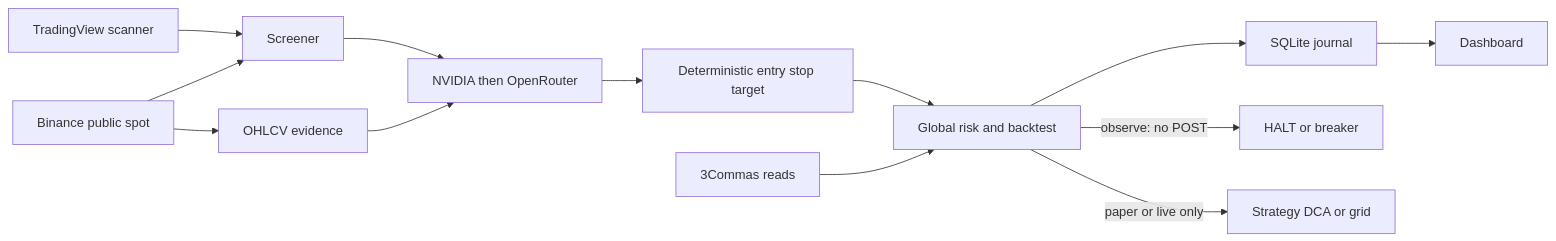
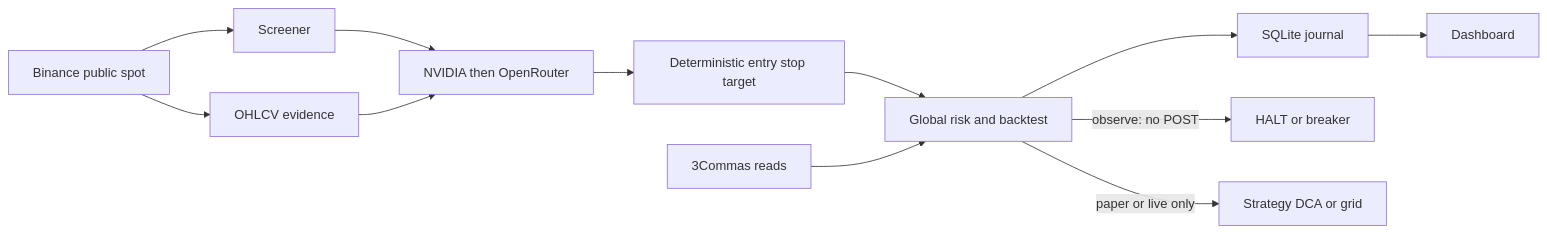
One commit to bayuewalker/warp_3cbot changed the diagram in ARCHITECTURE.md. Above: the diagram before and after it, drawn with Mermaid. The commit also changed other lines of this file and 35 other files, not shown here.

````diff
--- a/ARCHITECTURE.md
+++ b/ARCHITECTURE.md
@@ -16,15 +16,14 @@
 ```mermaid
 flowchart LR
-  tv[TradingView scanner] --> screen[Screener]
-  exchange[Binance public spot] --> screen
+  exchange[Binance public spot] --> screen[Screener]
   exchange --> candles[OHLCV evidence]
   screen --> analysis[NVIDIA then OpenRouter]
   candles --> analysis
   analysis --> levels[Deterministic entry stop target]
   levels --> risk[Global risk and backtest]
   broker[3Commas reads] --> risk
   risk --> journal[SQLite journal]
   risk -->|observe: no POST| halt[HALT or breaker]
   risk -->|paper or live only| post[Strategy DCA or grid]
   journal --> dash[Dashboard]
 ```
````
